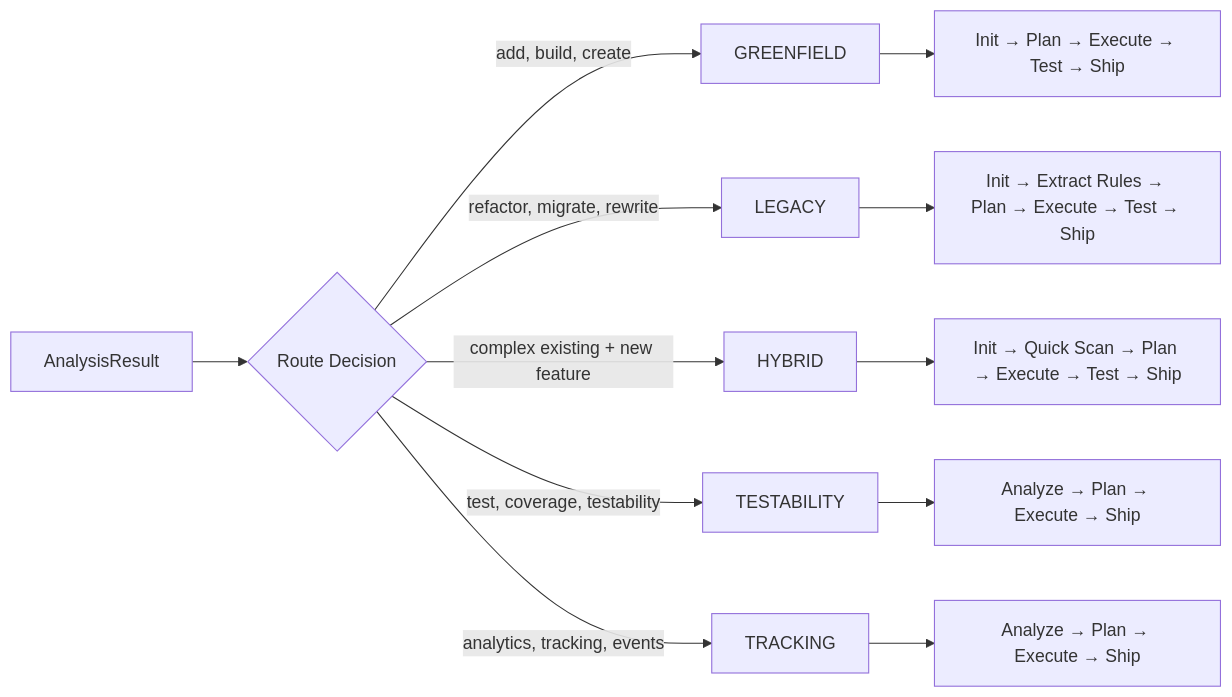
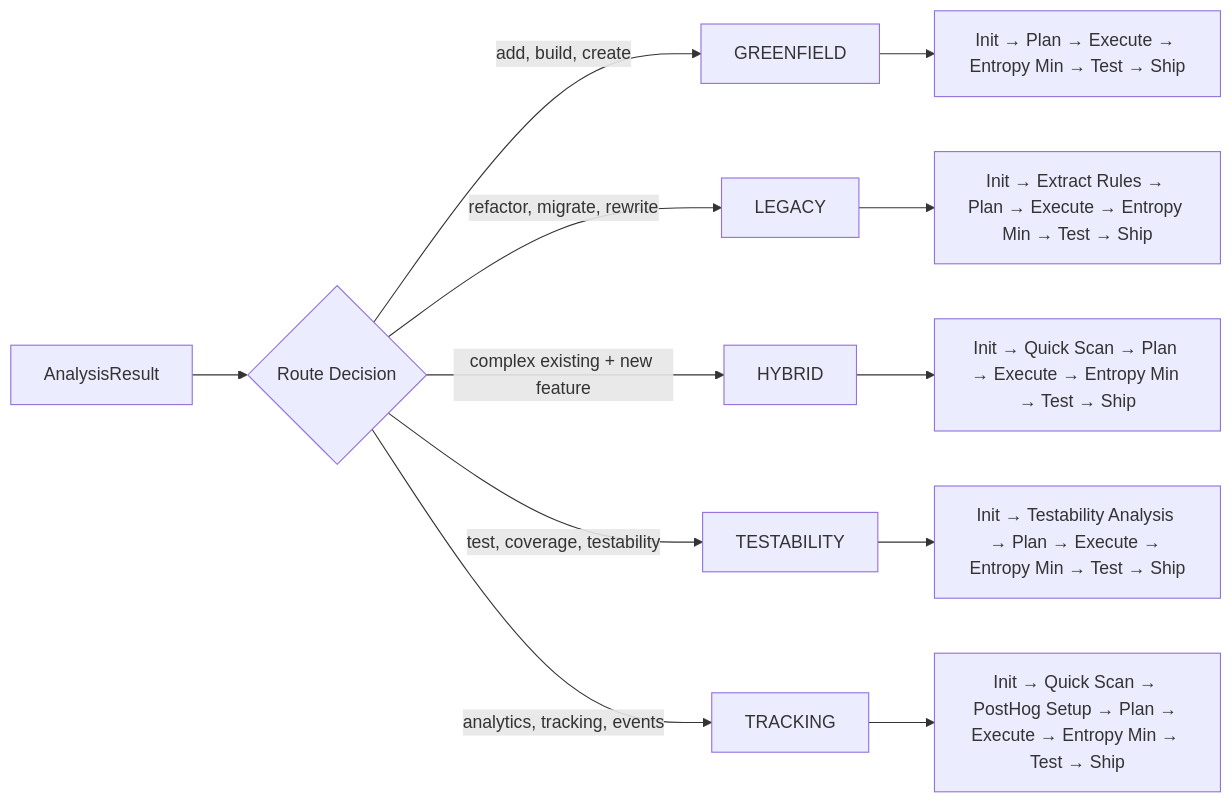
One commit to BIDEquity/outbid-dirigent changed the third of 7 diagrams in ARCHITECTURE.md. Above: the diagram before and after it, drawn with Mermaid. The commit also changed other lines of this file and 11 other files, not shown here.

````diff
--- a/ARCHITECTURE.md
+++ b/ARCHITECTURE.md
@@ -83,16 +86,16 @@
 ```mermaid
 flowchart LR
     A[AnalysisResult] --> D{Route Decision}
 
     D -->|"add, build, create"| G["GREENFIELD"]
     D -->|"refactor, migrate, rewrite"| L["LEGACY"]
     D -->|"complex existing + new feature"| H["HYBRID"]
     D -->|"test, coverage, testability"| T["TESTABILITY"]
     D -->|"analytics, tracking, events"| K["TRACKING"]
 
-    G --> G1["Init → Plan → Execute → Test → Ship"]
-    L --> L1["Init → Extract Rules → Plan → Execute → Test → Ship"]
-    H --> H1["Init → Quick Scan → Plan → Execute → Test → Ship"]
-    T --> T1["Analyze → Plan → Execute → Ship"]
-    K --> K1["Analyze → Plan → Execute → Ship"]
+    G --> G1["Init → Plan → Execute → Entropy Min → Test → Ship"]
+    L --> L1["Init → Extract Rules → Plan → Execute → Entropy Min → Test → Ship"]
+    H --> H1["Init → Quick Scan → Plan → Execute → Entropy Min → Test → Ship"]
+    T --> T1["Init → Testability Analysis → Plan → Execute → Entropy Min → Test → Ship"]
+    K --> K1["Init → Quick Scan → PostHog Setup → Plan → Execute → Entropy Min → Test → Ship"]
 ```
````
